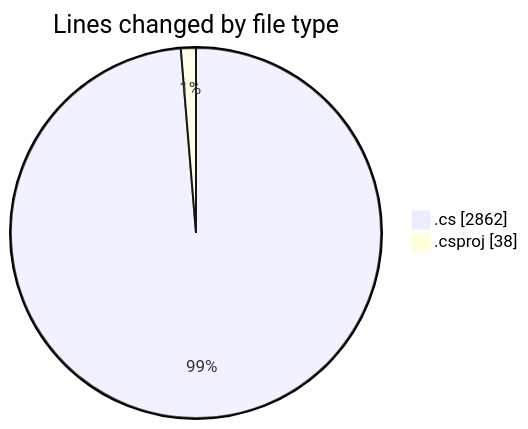
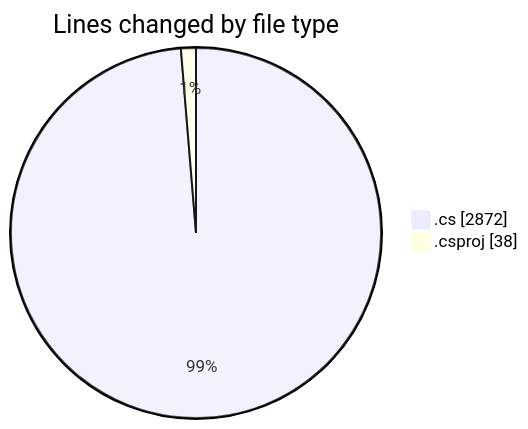
One commit to Netris89/code-tracking changed the first of 2 diagrams in 2025-04-02/back-end/README.md. Above: the diagram before and after it, drawn with Mermaid. The commit also changed other lines of this file and 1 other file, not shown here.

````diff
--- a/2025-04-02/back-end/README.md
+++ b/2025-04-02/back-end/README.md
@@ -32,6 +32,6 @@
 ```mermaid
 pie showData
 title Lines changed by file type
-".cs" : 2862
+".cs" : 2872
 ".csproj" : 38
 ```
````
